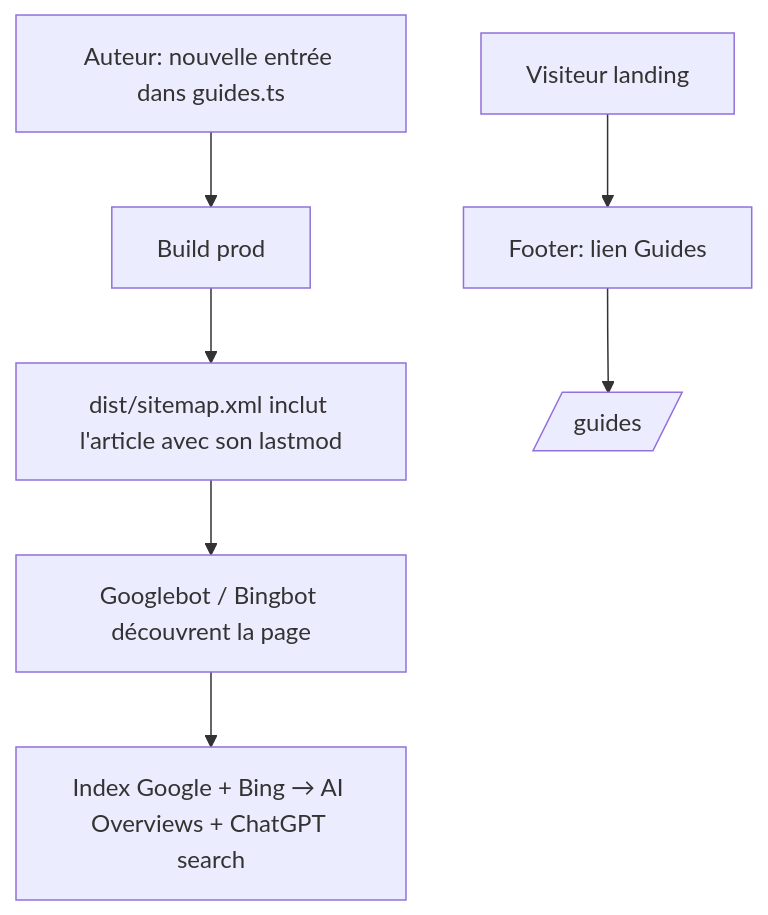
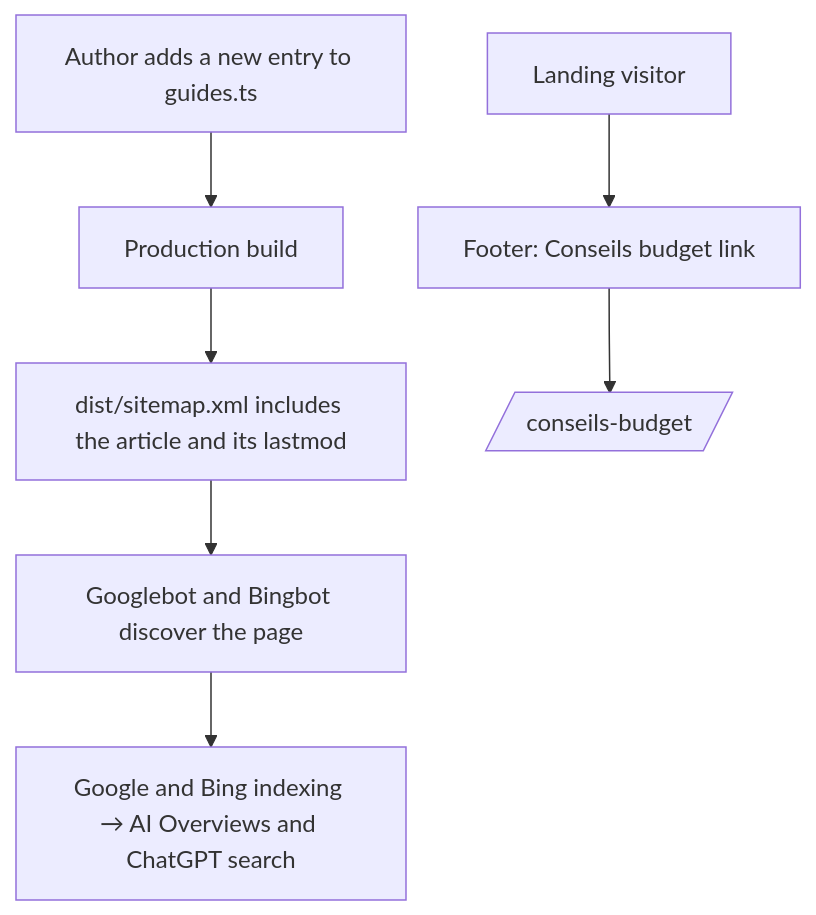
One commit to neogenz/pulpe changed the first of 2 diagrams in aidd_docs/tasks/2026_08/2026_08_13_pul296-socle-seo-guides/phase-3.md. Above: the diagram before and after it, drawn with Mermaid. The commit also changed other lines of this file and 23 other files, not shown here.

````diff
--- a/aidd_docs/tasks/2026_08/2026_08_13_pul296-socle-seo-guides/phase-3.md
+++ b/aidd_docs/tasks/2026_08/2026_08_13_pul296-socle-seo-guides/phase-3.md
@@ -24,8 +24,8 @@
 ```mermaid
 flowchart TD
-  A[Auteur: nouvelle entrée dans guides.ts] --> B[Build prod]
-  B --> C[dist/sitemap.xml inclut l'article avec son lastmod]
-  C --> D[Googlebot / Bingbot découvrent la page]
-  D --> E[Index Google + Bing → AI Overviews + ChatGPT search]
-  F[Visiteur landing] --> G[Footer: lien Guides] --> H[/guides/]
+  A[Author adds a new entry to guides.ts] --> B[Production build]
+  B --> C[dist/sitemap.xml includes the article and its lastmod]
+  C --> D[Googlebot and Bingbot discover the page]
+  D --> E[Google and Bing indexing → AI Overviews and ChatGPT search]
+  F[Landing visitor] --> G[Footer: Conseils budget link] --> H[/conseils-budget/]
 ```
````
